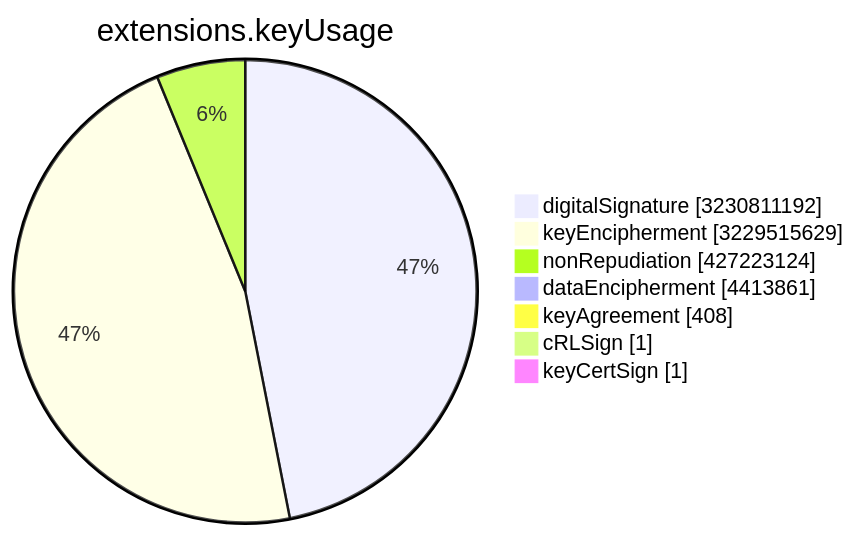
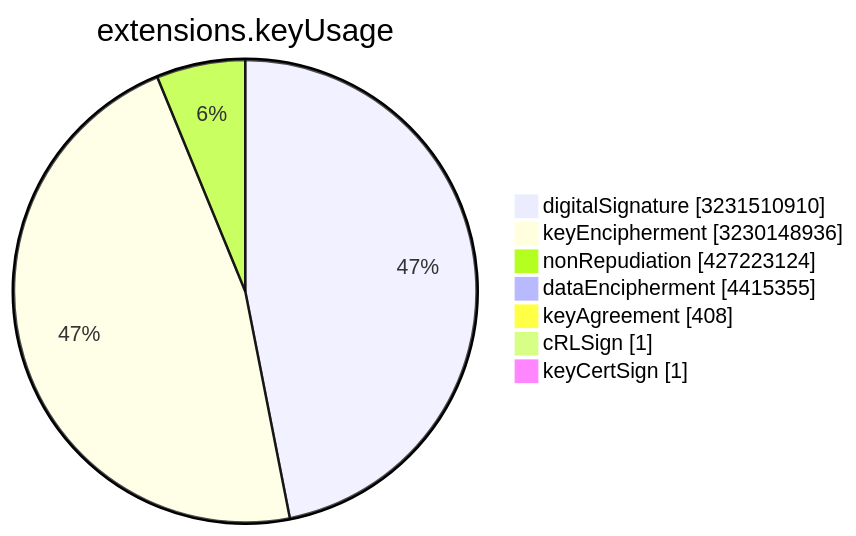
Before and after one commit to christiankrug/ctmonitor_visualization: the sixth of 15 diagrams in TOTAL/README.md, drawn with Mermaid. The commit also changed other lines of this file, not shown here.

````diff
--- a/TOTAL/README.md
+++ b/TOTAL/README.md
@@ -3077,11 +3077,11 @@
 ```mermaid
 pie showData
 title extensions.keyUsage
-"digitalSignature" :3230811192
-"keyEncipherment" :3229515629
+"digitalSignature" :3231510910
+"keyEncipherment" :3230148936
 "nonRepudiation" :427223124
-"dataEncipherment" :4413861
+"dataEncipherment" :4415355
 "keyAgreement" :408
 "cRLSign" :1
 "keyCertSign" :1
 ```
````
